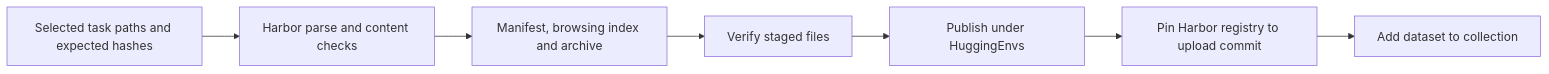
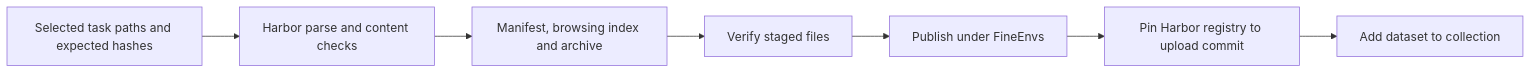
One commit to huggingface/Repo2RLEnv changed the diagram in docs/pipelines/dataset_release.md. Above: the diagram before and after it, drawn with Mermaid. The commit also changed other lines of this file and 26 other files, not shown here.

````diff
--- a/docs/pipelines/dataset_release.md
+++ b/docs/pipelines/dataset_release.md
@@ -23,9 +23,9 @@
 ```mermaid
 flowchart LR
   A[Selected task paths and expected hashes] --> B[Harbor parse and content checks]
   B --> C[Manifest, browsing index and archive]
   C --> D[Verify staged files]
-  D --> E[Publish under HuggingEnvs]
+  D --> E[Publish under FineEnvs]
   E --> F[Pin Harbor registry to upload commit]
   F --> G[Add dataset to collection]
 ```
````
